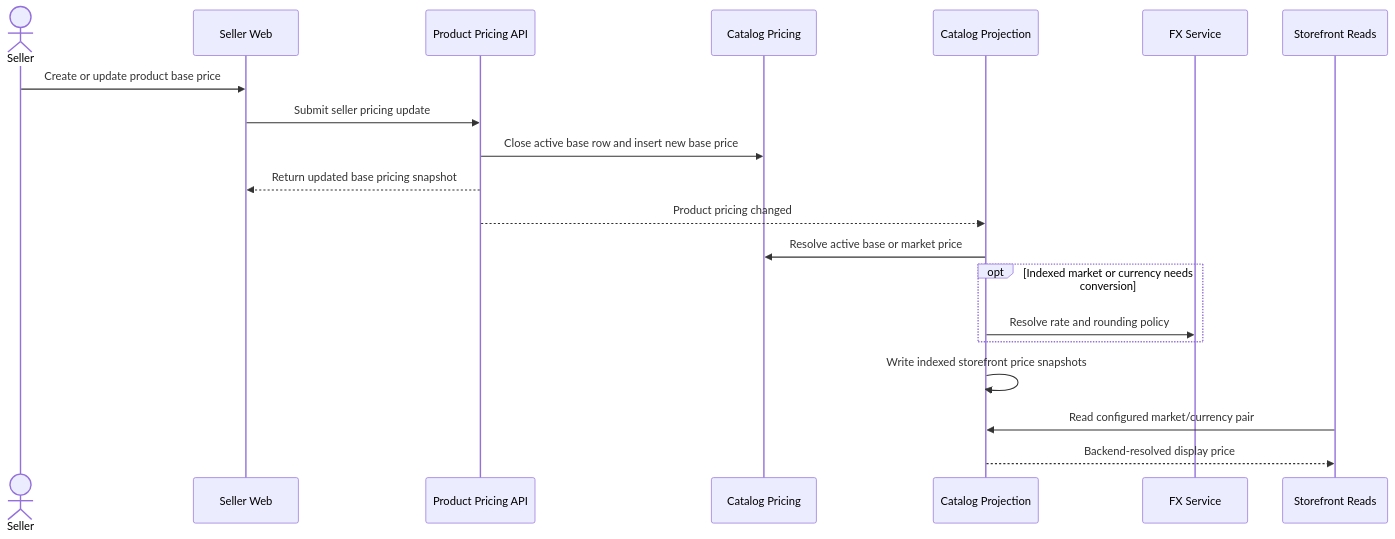
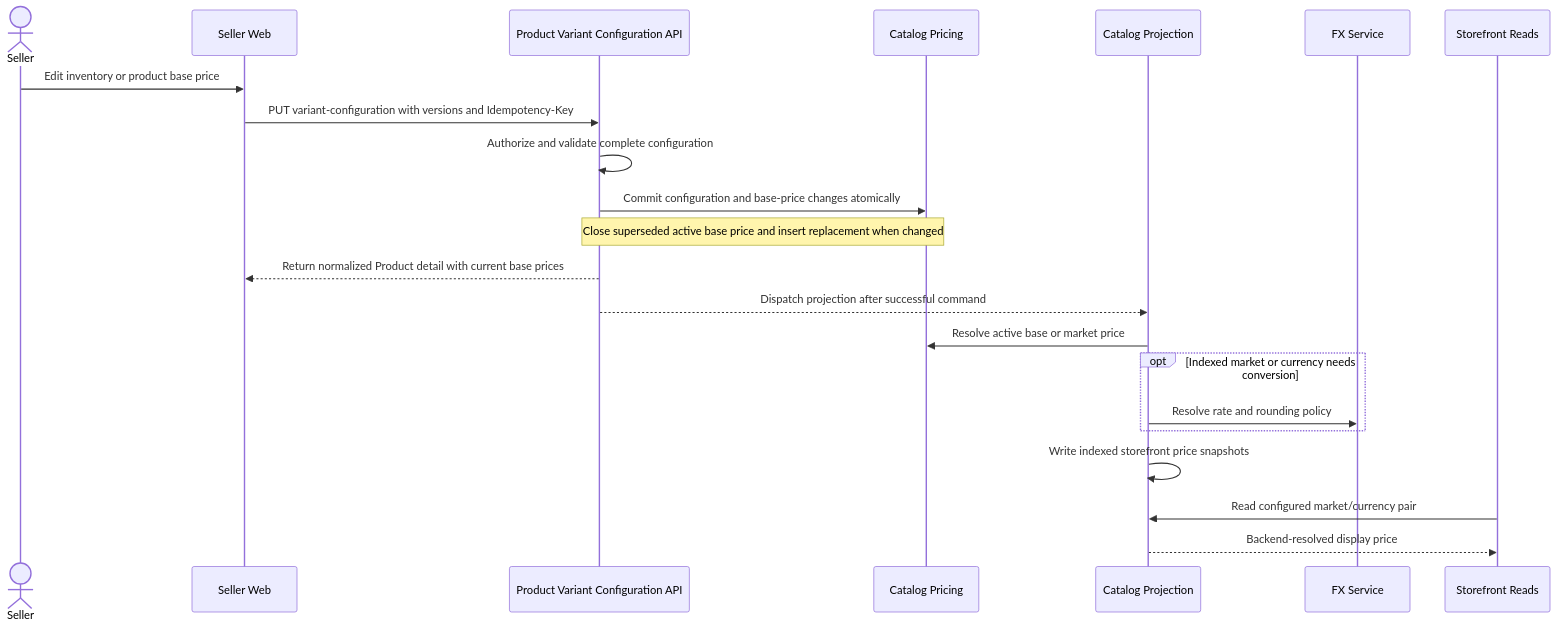
Before and after one commit to dauphaihau-arc/arc: the diagram in docs/features/multi-currency-pricing/flows/seller-creates-product-pricing.md, drawn with Mermaid. The commit also changed other lines of this file and 30 other files, not shown here.

Commit message:
docs(product): document variant configuration flows

````diff
--- a/docs/features/multi-currency-pricing/flows/seller-creates-product-pricing.md
+++ b/docs/features/multi-currency-pricing/flows/seller-creates-product-pricing.md
@@ -5,23 +5,25 @@
 ```mermaid
 sequenceDiagram
     actor Seller
     participant Web as Seller Web
-    participant API as Product Pricing API
+    participant API as Product Variant Configuration API
     participant Catalog as Catalog Pricing
     participant Projection as Catalog Projection
     participant FX as FX Service
     participant Storefront as Storefront Reads
 
-    Seller->>Web: Create or update product base price
-    Web->>API: Submit seller pricing update
-    API->>Catalog: Close active base row and insert new base price
-    API-->>Web: Return updated base pricing snapshot
-    API-->>Projection: Product pricing changed
+    Seller->>Web: Edit inventory or product base price
+    Web->>API: PUT variant-configuration with versions and Idempotency-Key
+    API->>API: Authorize and validate complete configuration
+    API->>Catalog: Commit configuration and base-price changes atomically
+    Note over API,Catalog: Close superseded active base price and insert replacement when changed
+    API-->>Web: Return normalized Product detail with current base prices
+    API-->>Projection: Dispatch projection after successful command
     Projection->>Catalog: Resolve active base or market price
     opt Indexed market or currency needs conversion
         Projection->>FX: Resolve rate and rounding policy
     end
     Projection->>Projection: Write indexed storefront price snapshots
     Storefront->>Projection: Read configured market/currency pair
     Projection-->>Storefront: Backend-resolved display price
 ```
````
